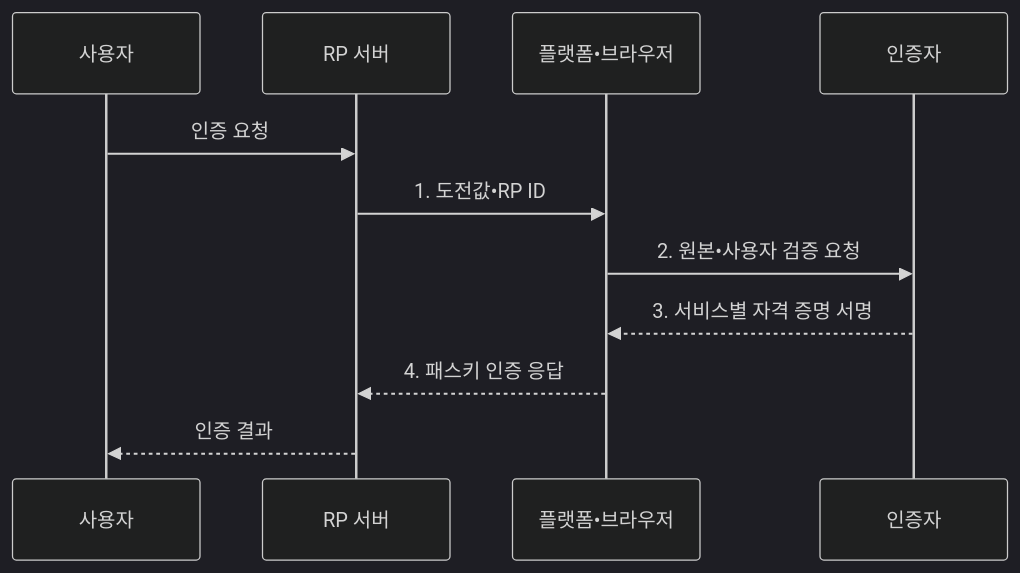
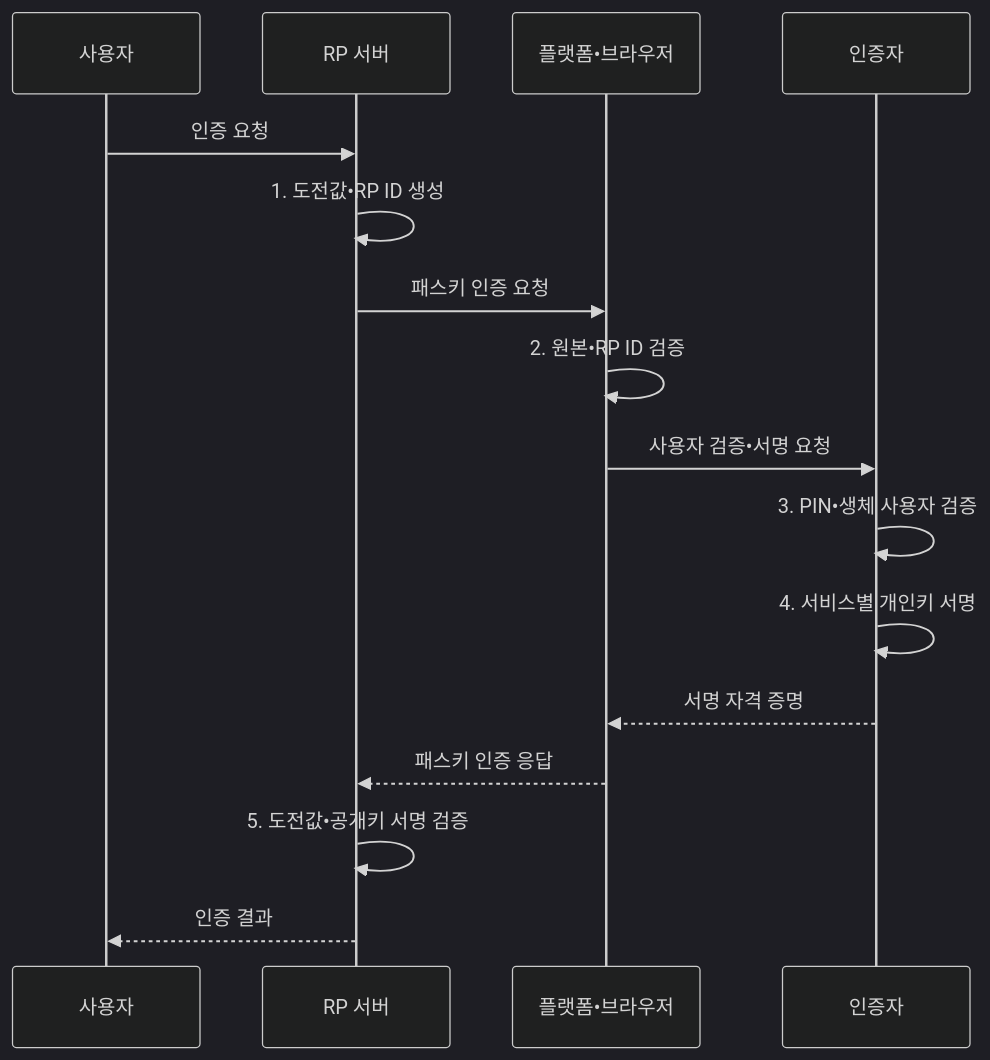
The second of 2 diagrams in src/content/docs/notes/05-security/056_passkey.md (agnusdei1207/knowledge-base), drawn with Mermaid (dark theme) before and after one commit. The commit also changed other lines of this file and 19 other files, not shown here.

````diff
--- a/src/content/docs/notes/05-security/056_passkey.md
+++ b/src/content/docs/notes/05-security/056_passkey.md
@@ -99,13 +99,18 @@
 ```mermaid
 sequenceDiagram
     participant U as 사용자
     participant R as RP 서버
     participant P as 플랫폼•브라우저
     participant A as 인증자
     U->>R: 인증 요청
-    R->>P: 1. 도전값•RP ID
-    P->>A: 2. 원본•사용자 검증 요청
-    A-->>P: 3. 서비스별 자격 증명 서명
-    P-->>R: 4. 패스키 인증 응답
+    R->>R: 1. 도전값•RP ID 생성
+    R->>P: 패스키 인증 요청
+    P->>P: 2. 원본•RP ID 검증
+    P->>A: 사용자 검증•서명 요청
+    A->>A: 3. PIN•생체 사용자 검증
+    A->>A: 4. 서비스별 개인키 서명
+    A-->>P: 서명 자격 증명
+    P-->>R: 패스키 인증 응답
+    R->>R: 5. 도전값•공개키 서명 검증
     R-->>U: 인증 결과
 ```
````
